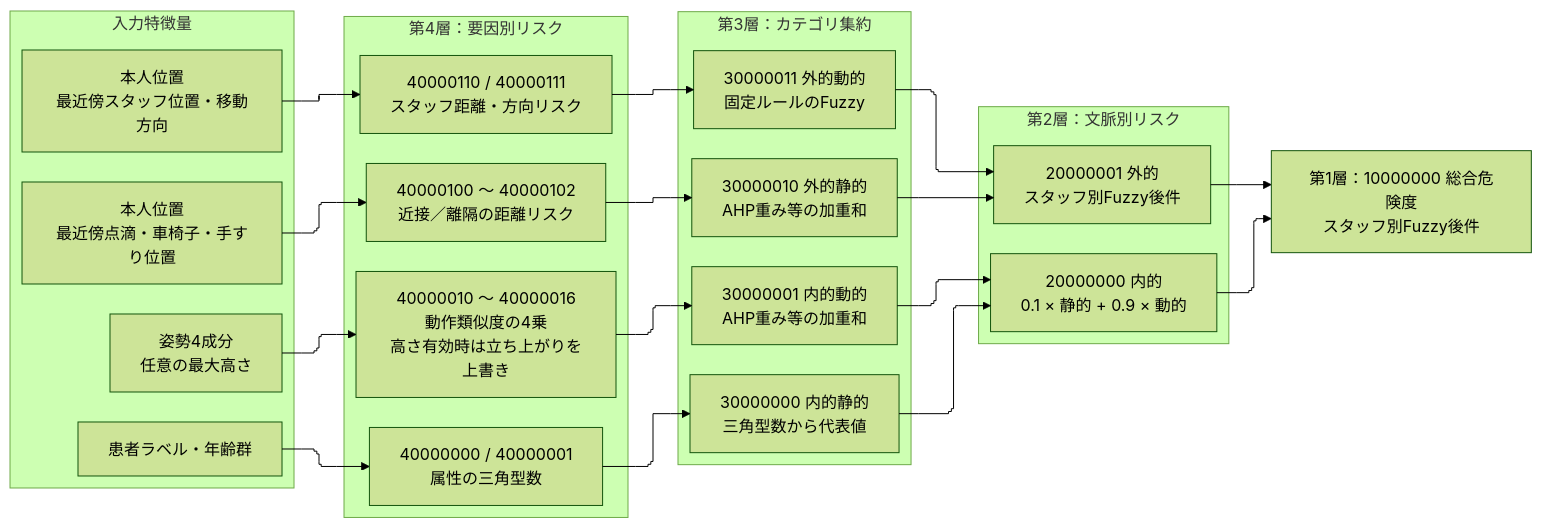
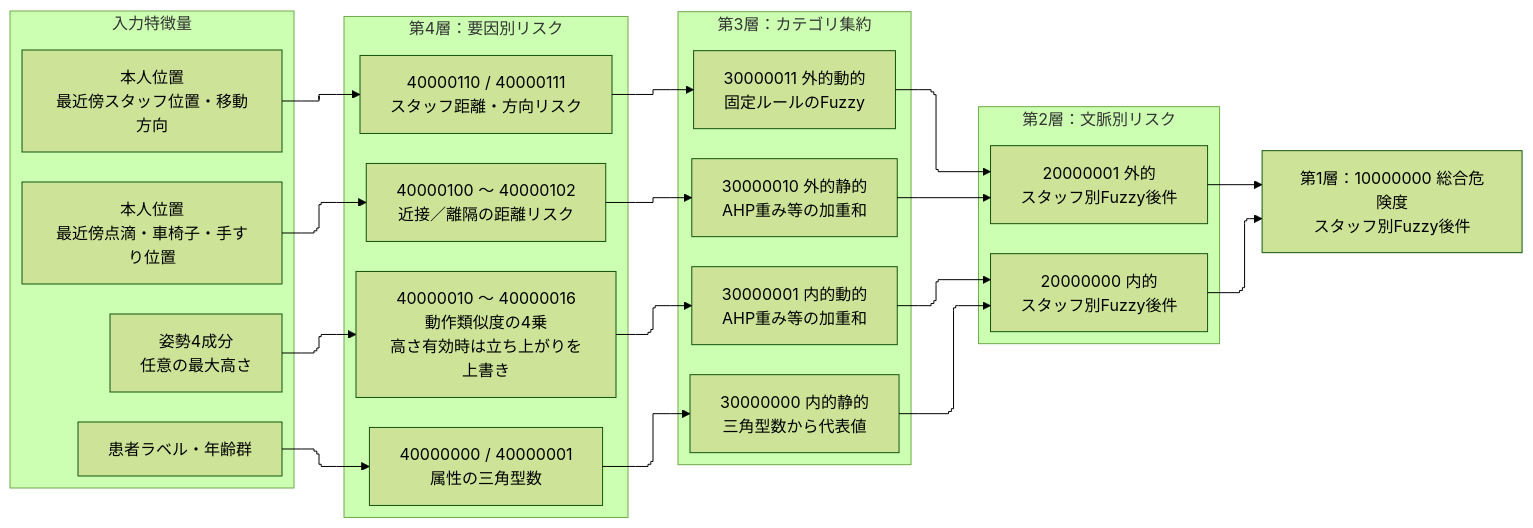
The second of 4 diagrams in docs/system_architecture.md (kazunosuke1108/master_thesis), drawn with Mermaid (forest theme) before and after one commit. The commit also changed other lines of this file and 8 other files, not shown here.

````diff
--- a/docs/system_architecture.md
+++ b/docs/system_architecture.md
@@ -111,54 +111,54 @@
 ```mermaid
 ---
 config:
   layout: elk
   flowchart:
     curve: stepBefore
     nodeSpacing: 50
     rankSpacing: 80
   elk:
     mergeEdges: false
     nodePlacementStrategy: LINEAR_SEGMENTS
 ---
 flowchart LR
   subgraph features["入力特徴量"]
     ATTR["患者ラベル・年齢群"]
     POSE["姿勢4成分<br/>任意の最大高さ"]
     OBJ["本人位置<br/>最近傍点滴・車椅子・手すり位置"]
     STAFF["本人位置<br/>最近傍スタッフ位置・移動方向"]
   end
 
   subgraph factors["第4層：要因別リスク"]
     A["40000000 / 40000001<br/>属性の三角型数"]
     D["40000010 ～ 40000016<br/>動作類似度の4乗<br/>高さ有効時は立ち上がりを上書き"]
     O["40000100 ～ 40000102<br/>近接／離隔の距離リスク"]
     S["40000110 / 40000111<br/>スタッフ距離・方向リスク"]
   end
   ATTR --> A
   POSE --> D
   OBJ --> O
   STAFF --> S
 
   subgraph categories["第3層：カテゴリ集約"]
     IS["30000000 内的静的<br/>三角型数から代表値"]
     ID["30000001 内的動的<br/>AHP重み等の加重和"]
     ES["30000010 外的静的<br/>AHP重み等の加重和"]
     ED["30000011 外的動的<br/>固定ルールのFuzzy"]
   end
   A --> IS
   D --> ID
   O --> ES
   S --> ED
 
   subgraph context["第2層：文脈別リスク"]
-    INTERNAL["20000000 内的<br/>0.1 × 静的 + 0.9 × 動的"]
+    INTERNAL["20000000 内的<br/>スタッフ別Fuzzy後件"]
     EXTERNAL["20000001 外的<br/>スタッフ別Fuzzy後件"]
   end
   IS --> INTERNAL
   ID --> INTERNAL
   ES --> EXTERNAL
   ED --> EXTERNAL
   TOTAL["第1層：10000000 総合危険度<br/>スタッフ別Fuzzy後件"]
   INTERNAL --> TOTAL
   EXTERNAL --> TOTAL
 ```
````
